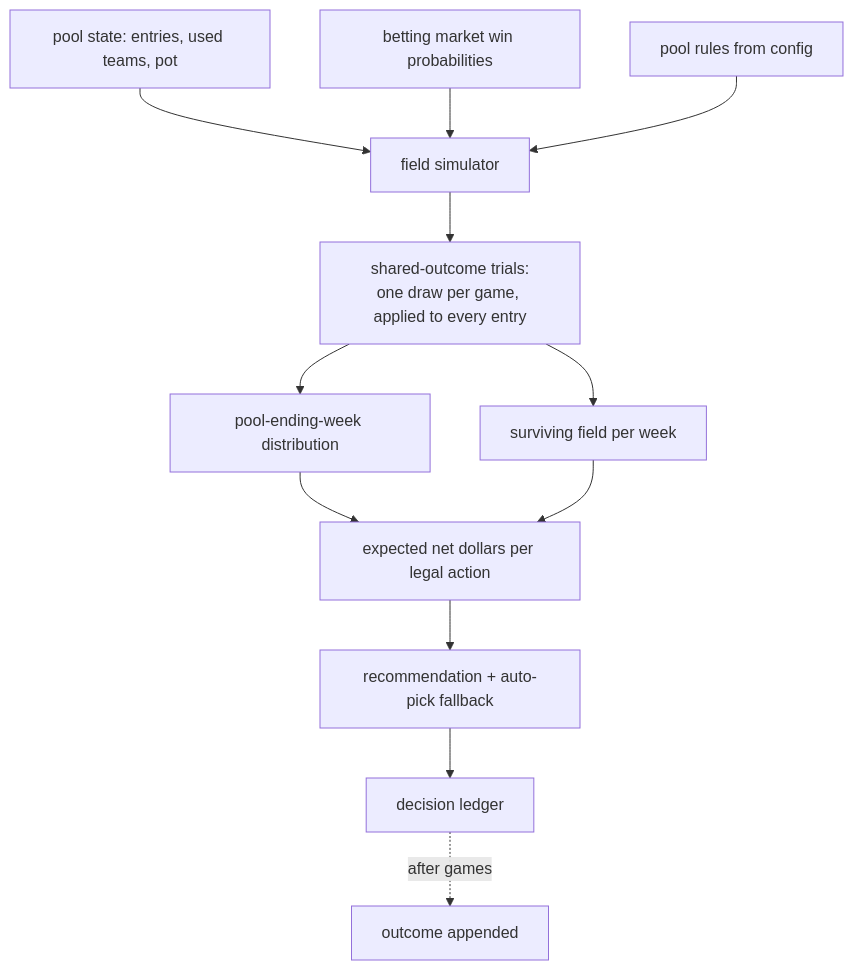
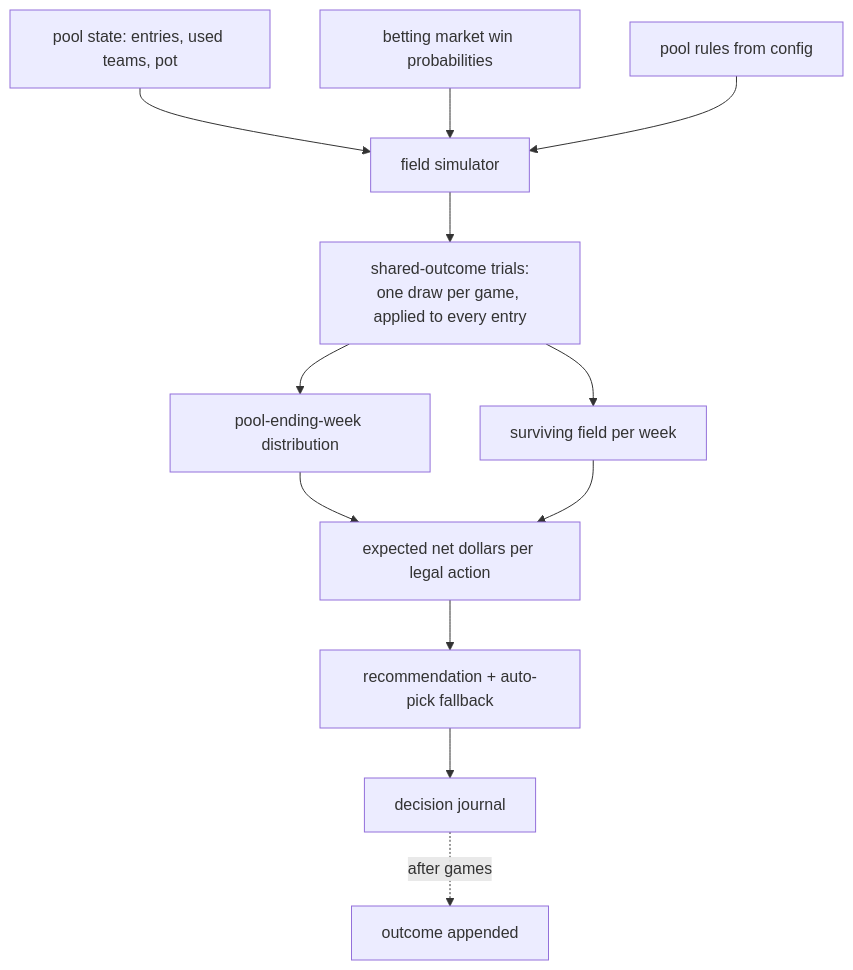
The first of 2 diagrams in docs/plans/2026-09-05-001-feat-survivor-money-layer-plan.md (jacksonmlukas/football-hub), drawn with Mermaid before and after one commit. The commit also changed other lines of this file and 3 other files, not shown here.

````diff
--- a/docs/plans/2026-09-05-001-feat-survivor-money-layer-plan.md
+++ b/docs/plans/2026-09-05-001-feat-survivor-money-layer-plan.md
@@ -178,14 +184,14 @@
 ```mermaid
 flowchart TB
   A[pool state: entries, used teams, pot] --> D[field simulator]
   B[betting market win probabilities] --> D
   C[pool rules from config] --> D
   D --> E["shared-outcome trials:<br/>one draw per game, applied to every entry"]
   E --> F[pool-ending-week distribution]
   E --> G[surviving field per week]
   F --> H[expected net dollars per legal action]
   G --> H
   H --> I[recommendation + auto-pick fallback]
-  I --> J[decision ledger]
+  I --> J[decision journal]
   J -.->|after games| K[outcome appended]
 ```
````
